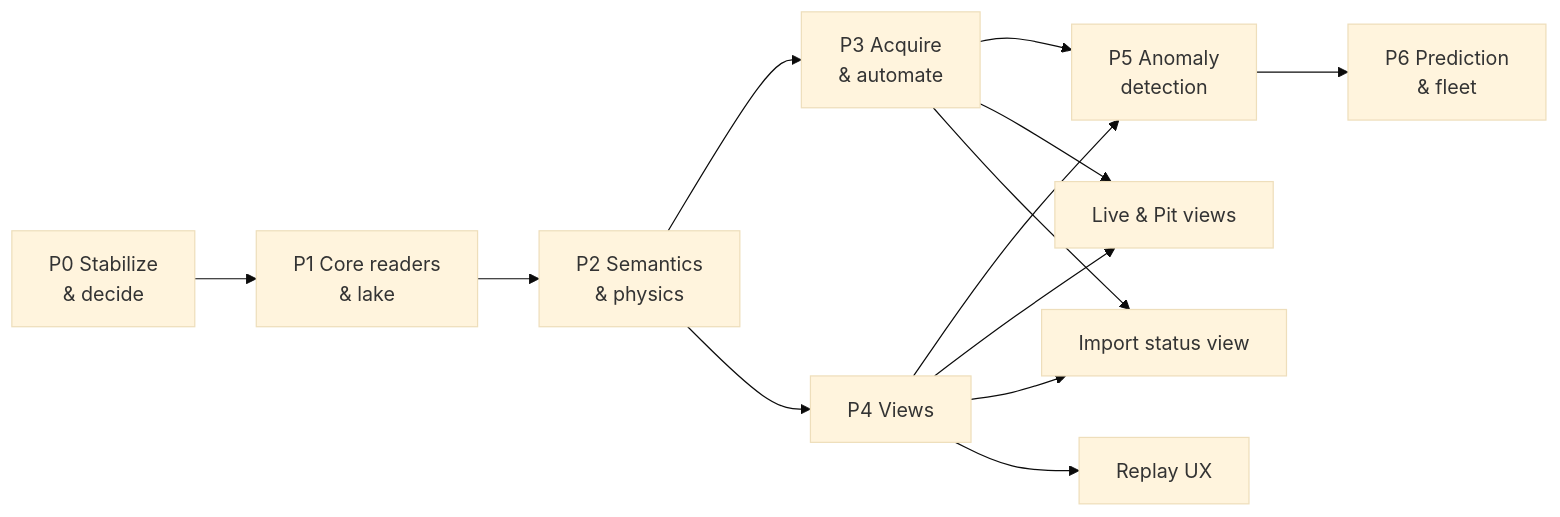
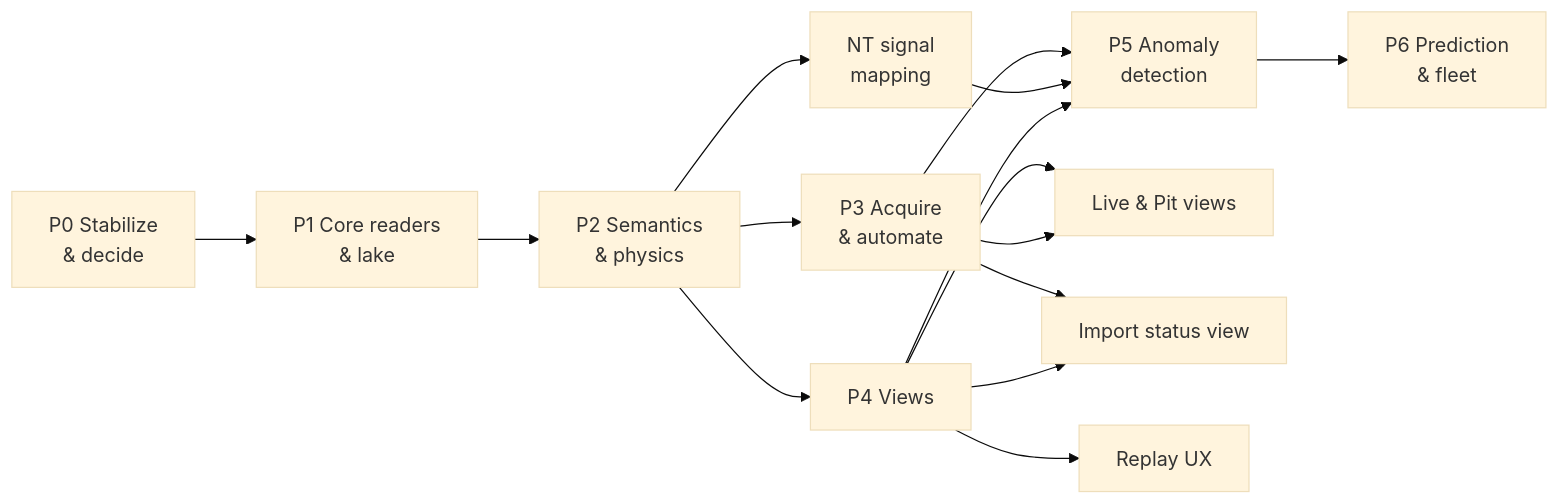
Before and after one commit to IgniteRobotics/flashpoint: the first of 3 diagrams in docs/rewrite/06-roadmap.md, drawn with Mermaid (base theme). The commit also changed other lines of this file, not shown here.

First line of the commit message:
docs(roadmap): add NetworkTables signal mapping (unblocks retire-legacy 3b)

````diff
--- a/docs/rewrite/06-roadmap.md
+++ b/docs/rewrite/06-roadmap.md
@@ -7,15 +7,17 @@
 ```mermaid
 flowchart LR
     P0[P0 Stabilize<br>& decide] --> P1[P1 Core readers<br>& lake]
     P1 --> P2[P2 Semantics<br>& physics]
     P2 --> P3[P3 Acquire<br>& automate]
     P2 --> P4[P4 Views]
     P3 --> P5[P5 Anomaly<br>detection]
+    P2 --> P2b[NT signal<br>mapping]
+    P2b --> P5
     P4 --> P5
     P4 --> P4b[Live & Pit views]
     P3 --> P4b
     P3 --> P4c[Import status view]
     P4 --> P4c
     P4 --> P4d[Replay UX]
     P5 --> P6[P6 Prediction<br>& fleet]
 ```
````
